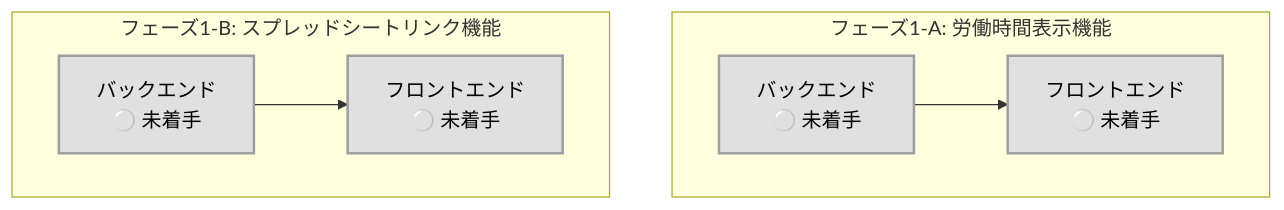
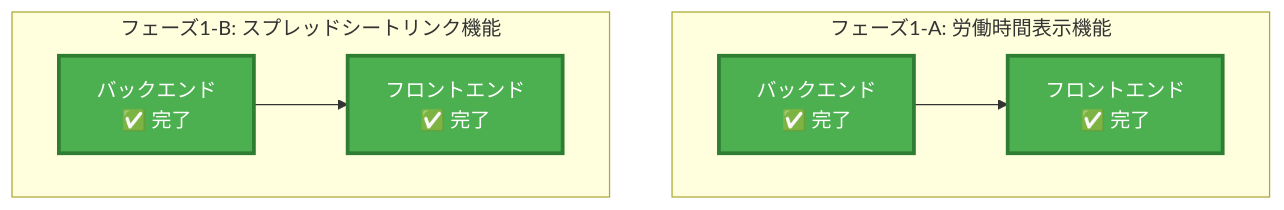
Before and after one commit to KazukiUrano/-: the second of 2 diagrams in TODO.md, drawn with Mermaid. The commit also changed other lines of this file, not shown here.

````diff
--- a/TODO.md
+++ b/TODO.md
@@ -258,13 +263,14 @@
 ```mermaid
 graph TD
     subgraph "フェーズ1-A: 労働時間表示機能"
-        A_BE[バックエンド<br/>⚪ 未着手] --> A_FE[フロントエンド<br/>⚪ 未着手]
+        A_BE[バックエンド<br/>✅ 完了] --> A_FE[フロントエンド<br/>✅ 完了]
     end
     
     subgraph "フェーズ1-B: スプレッドシートリンク機能"
-        B_BE[バックエンド<br/>⚪ 未着手] --> B_FE[フロントエンド<br/>⚪ 未着手]
+        B_BE[バックエンド<br/>✅ 完了] --> B_FE[フロントエンド<br/>✅ 完了]
     end
     
+    classDef completed fill:#4CAF50,stroke:#2E7D32,stroke-width:3px,color:#fff
     classDef notStarted fill:#E0E0E0,stroke:#9E9E9E,stroke-width:2px,color:#000
-    class A_BE,A_FE,B_BE,B_FE notStarted
+    class A_BE,A_FE,B_BE,B_FE completed
 ```
````
